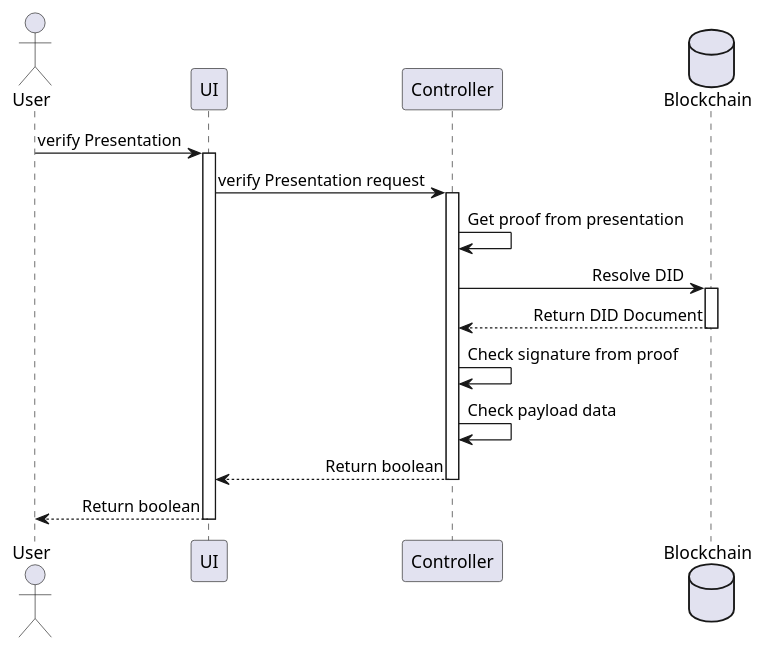
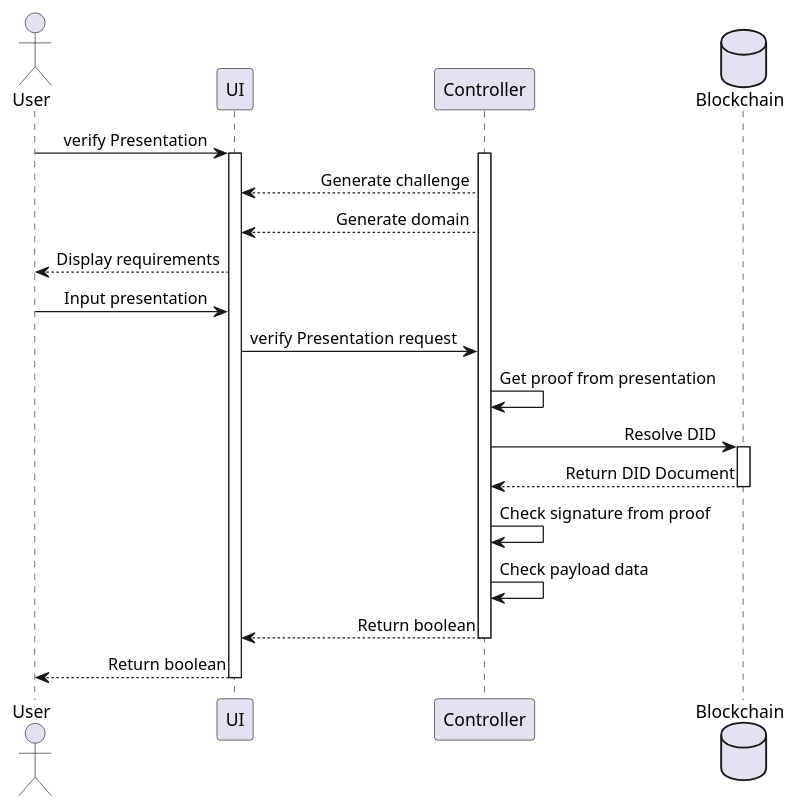
Before and after one commit to tientaidev/ssi-demo: the diagram in diagrams/sequence/verifyPresentation.puml, drawn with PlantUML. The commit also changed 2 other files, not shown here.

Commit message:
Update diagrams

```diff
--- a/diagrams/sequence/verifyPresentation.puml
+++ b/diagrams/sequence/verifyPresentation.puml
@@ -1,21 +1,26 @@
-@startuml verifyCredential
+@startuml verifyPresentation
 skinparam sequenceMessageAlign right
 actor User as user 
 participant UI as ui
 participant Controller as controller
 database Blockchain as blockchain
 
 user -> ui++: verify Presentation
-ui -> controller++: verify Presentation request
+activate controller
+controller --> ui: Generate challenge
+controller --> ui: Generate domain
+ui --> user: Display requirements
+user -> ui: Input presentation
+ui -> controller: verify Presentation request
 controller -> controller: Get proof from presentation
 controller -> blockchain++: Resolve DID
 blockchain --> controller: Return DID Document
 deactivate blockchain
 controller -> controller: Check signature from proof
 controller -> controller: Check payload data
 controller --> ui: Return boolean
 deactivate controller
 ui --> user: Return boolean
 deactivate ui
 
 @enduml
```
